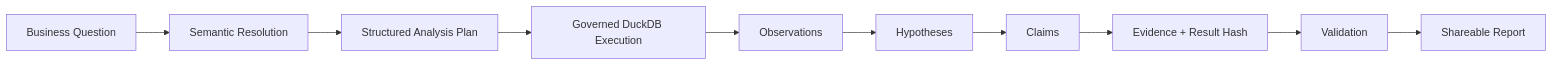
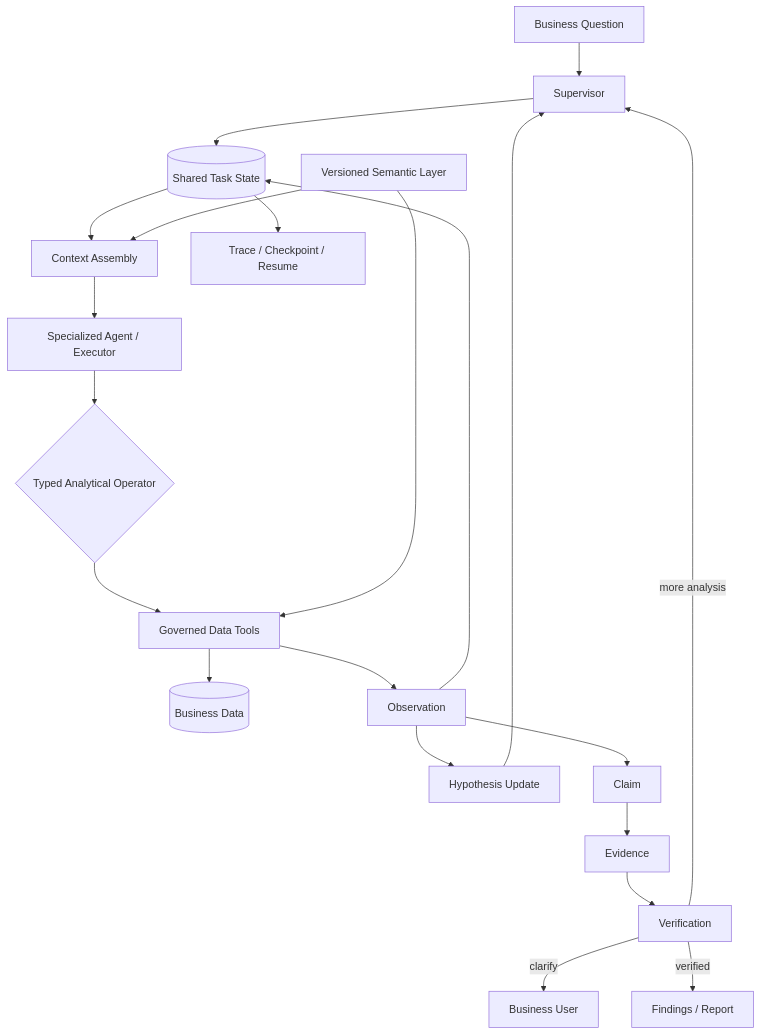
Before and after one commit to Benjamindaoson/enterprise-data-agent: the diagram in .github/README.md, drawn with Mermaid. The commit also changed other lines of this file, not shown here.

Commit message:
Rewrite repository homepage for Enterprise Data Agent positioning

````diff
--- a/.github/README.md
+++ b/.github/README.md
@@ -25,12 +144,29 @@
 ```mermaid
-flowchart LR
-    Q[Business Question] --> SEM[Semantic Resolution]
-    SEM --> PLAN[Structured Analysis Plan]
-    PLAN --> EXEC[Governed DuckDB Execution]
-    EXEC --> OBS[Observations]
-    OBS --> HYP[Hypotheses]
-    HYP --> CLAIM[Claims]
-    CLAIM --> EVID[Evidence + Result Hash]
-    EVID --> VALID[Validation]
-    VALID --> REPORT[Shareable Report]
+flowchart TD
+    Q[Business Question] --> S[Supervisor]
+    S --> TS[(Shared Task State)]
+
+    TS --> C[Context Assembly]
+    SL[Versioned Semantic Layer] --> C
+    C --> A[Specialized Agent / Executor]
+
+    A --> OP{Typed Analytical Operator}
+    OP --> T[Governed Data Tools]
+    SL --> T
+    T --> D[(Business Data)]
+    T --> O[Observation]
+
+    O --> TS
+    O --> H[Hypothesis Update]
+    H --> S
+
+    O --> CL[Claim]
+    CL --> E[Evidence]
+    E --> V[Verification]
+
+    V -->|more analysis| S
+    V -->|clarify| U[Business User]
+    V -->|verified| R[Findings / Report]
+
+    TS --> RT[Trace / Checkpoint / Resume]
 ```
````
